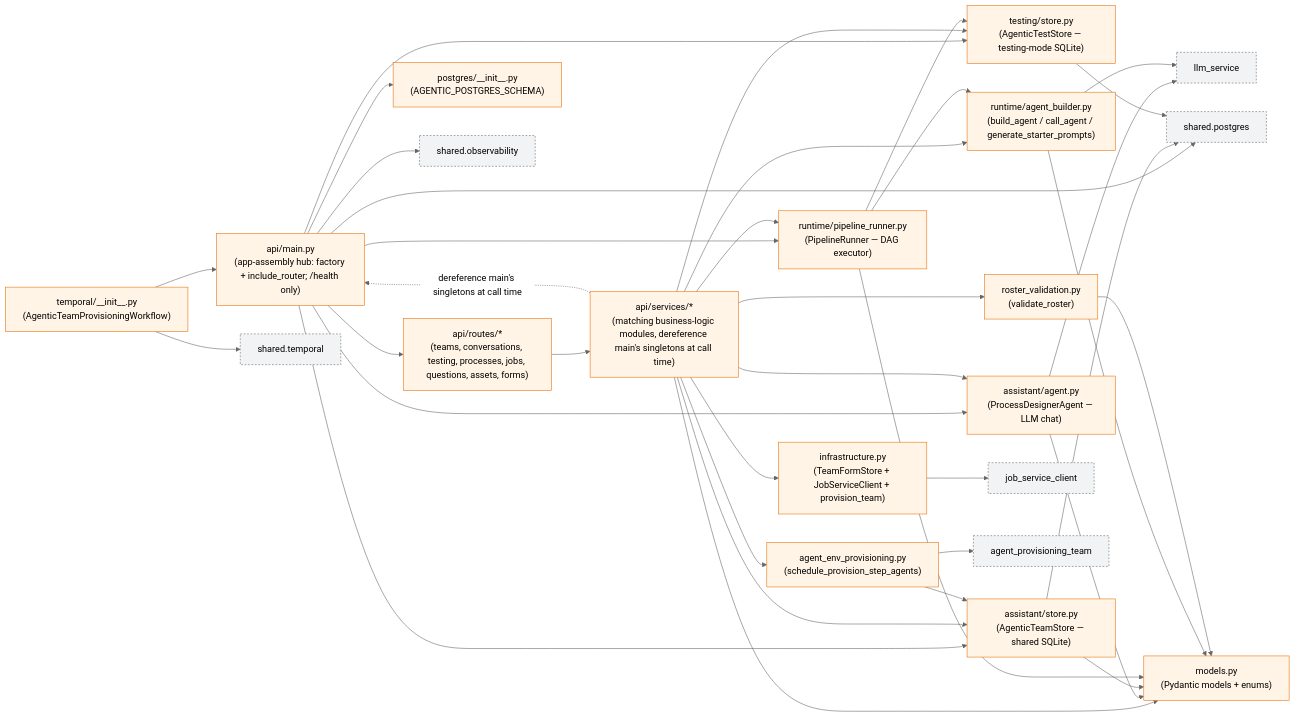
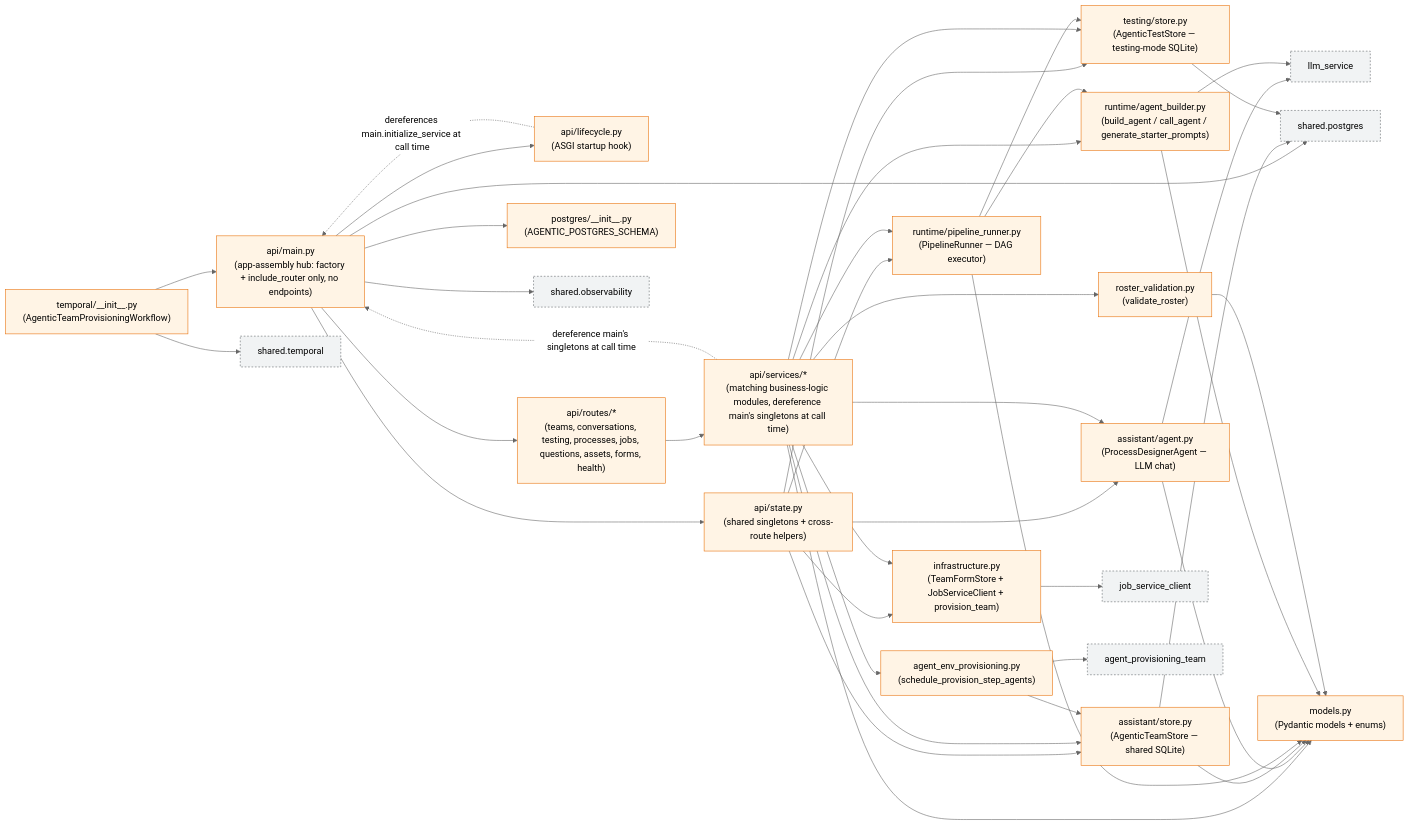
The first of 3 diagrams in backend/agents/agent_team_studio/agentic_team_provisioning/system_design/system_design.md (brandonkindred/Khala-Agentic-AI-Teams), drawn with Mermaid (neutral theme) before and after one commit. The commit also changed other lines of this file and 5 other files, not shown here.

First line of the commit message:
Refresh agentic_team_provisioning architecture docs, fix test suite for new FastAPI router flattening

````diff
--- a/backend/agents/agent_team_studio/agentic_team_provisioning/system_design/system_design.md
+++ b/backend/agents/agent_team_studio/agentic_team_provisioning/system_design/system_design.md
@@ -13,69 +13,75 @@
 ```mermaid
 graph LR
-    main["api/main.py<br/>(app-assembly hub: factory + include_router; /health only)"]
-    routes["api/routes/*<br/>(teams, conversations, testing, processes, jobs, questions, assets, forms)"]
+    main["api/main.py<br/>(app-assembly hub: factory + include_router only, no endpoints)"]
+    state["api/state.py<br/>(shared singletons + cross-route helpers)"]
+    lifecycle["api/lifecycle.py<br/>(ASGI startup hook)"]
+    routes["api/routes/*<br/>(teams, conversations, testing, processes, jobs, questions, assets, forms, health)"]
     services["api/services/*<br/>(matching business-logic modules, dereference main's singletons at call time)"]
 
     %% Orchestrator internals
     agent["assistant/agent.py<br/>(ProcessDesignerAgent — LLM chat)"]
     store["assistant/store.py<br/>(AgenticTeamStore — shared SQLite)"]
     runner["runtime/pipeline_runner.py<br/>(PipelineRunner — DAG executor)"]
     builder["runtime/agent_builder.py<br/>(build_agent / call_agent / generate_starter_prompts)"]
     roster["roster_validation.py<br/>(validate_roster)"]
     envprov["agent_env_provisioning.py<br/>(schedule_provision_step_agents)"]
     infra["infrastructure.py<br/>(TeamFormStore + JobServiceClient + provision_team)"]
     models["models.py<br/>(Pydantic models + enums)"]
     test_store["testing/store.py<br/>(AgenticTestStore — testing-mode SQLite)"]
 
     %% Shared / external
     pg["postgres/__init__.py<br/>(AGENTIC_POSTGRES_SCHEMA)"]
     tmp["temporal/__init__.py<br/>(AgenticTeamProvisioningWorkflow)"]
     llm["llm_service"]
     shared_pg["shared.postgres"]
     shared_tmp["shared.temporal"]
     shared_obs["shared.observability"]
     jsc["job_service_client"]
     apt["agent_provisioning_team"]
 
-    main --> store
-    main --> agent
-    main --> test_store
-    main --> runner
+    main --> state
+    main --> lifecycle
     main --> pg
     main --> shared_obs
     main --> shared_pg
     main --> routes
+    state --> store
+    state --> agent
+    state --> test_store
+    state --> runner
+    state --> infra
+    lifecycle -.->|dereferences main.initialize_service at call time| main
     routes --> services
     services -.->|dereference main's singletons at call time| main
     services --> agent
     services --> store
     services --> runner
     services --> builder
     services --> roster
     services --> envprov
     services --> infra
     services --> models
     services --> test_store
 
     agent --> llm
     agent --> models
     store --> models
     store --> shared_pg
     runner --> builder
     runner --> test_store
     runner --> models
     builder --> llm
     builder --> models
     roster --> models
     envprov --> store
     envprov --> apt
     infra --> jsc
     test_store --> shared_pg
     tmp --> main
     tmp --> shared_tmp
 
     classDef orchestrator fill:#fff4e5,stroke:#e8710a
     classDef external fill:#f1f3f4,stroke:#5f6368,stroke-dasharray: 3 3
-    class main,routes,services,agent,store,runner,builder,roster,envprov,infra,models,test_store,pg,tmp orchestrator
+    class main,state,lifecycle,routes,services,agent,store,runner,builder,roster,envprov,infra,models,test_store,pg,tmp orchestrator
     class llm,shared_pg,shared_tmp,shared_obs,jsc,apt external
 ```
````
